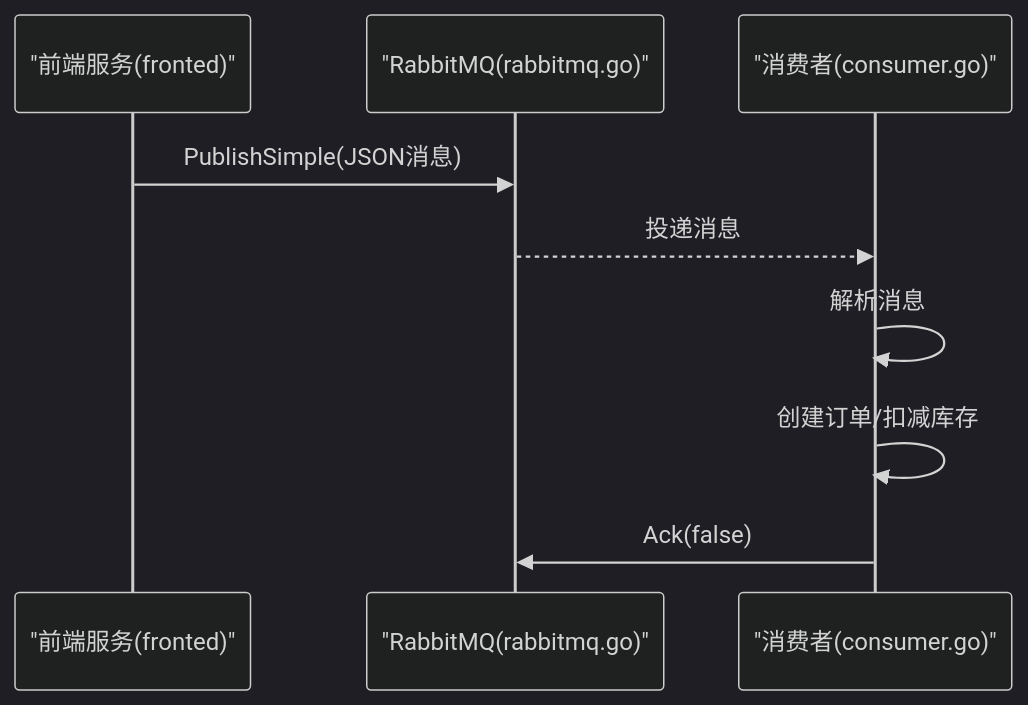
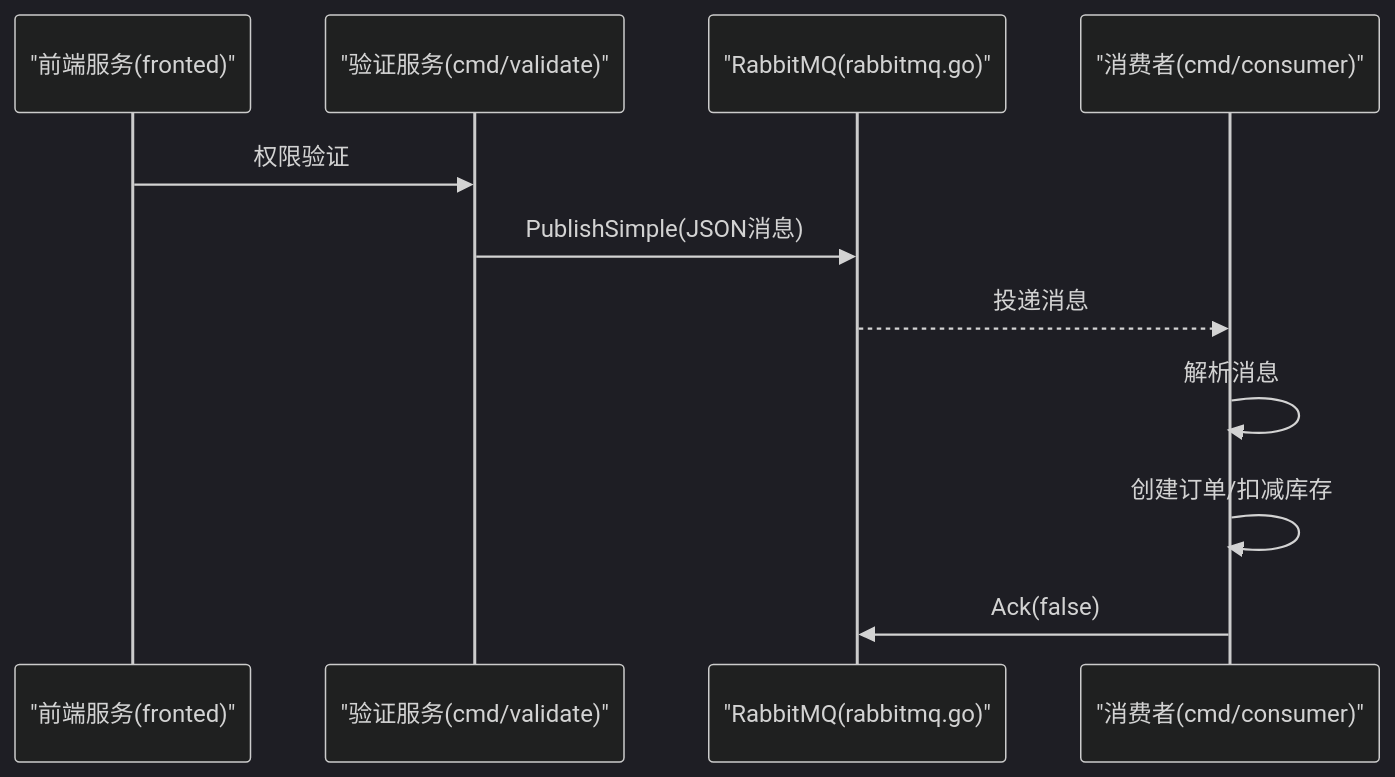
Before and after one commit to gbtdesign/e-commerce-t: the seventh of 8 diagrams in .qoder/repowiki/zh/content/快速开始.md, drawn with Mermaid (dark theme). The commit also changed other lines of this file and 53 other files, not shown here.

````diff
--- a/.qoder/repowiki/zh/content/快速开始.md
+++ b/.qoder/repowiki/zh/content/快速开始.md
@@ -282,11 +310,13 @@
 ```mermaid
 sequenceDiagram
 participant FE as "前端服务(fronted)"
+participant Validate as "验证服务(cmd/validate)"
 participant MQ as "RabbitMQ(rabbitmq.go)"
-participant CON as "消费者(consumer.go)"
-FE->>MQ : PublishSimple(JSON消息)
+participant CON as "消费者(cmd/consumer)"
+FE->>Validate : 权限验证
+Validate->>MQ : PublishSimple(JSON消息)
 MQ-->>CON : 投递消息
 CON->>CON : 解析消息
 CON->>CON : 创建订单/扣减库存
 CON->>MQ : Ack(false)
 ```
````
